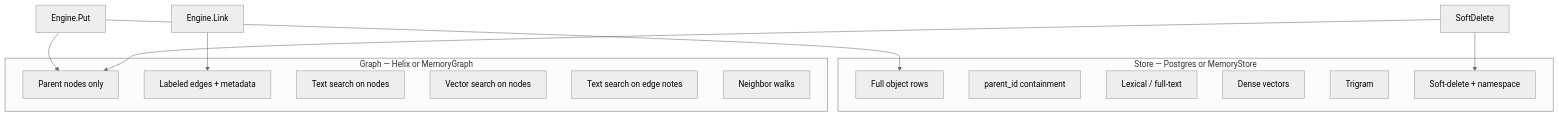
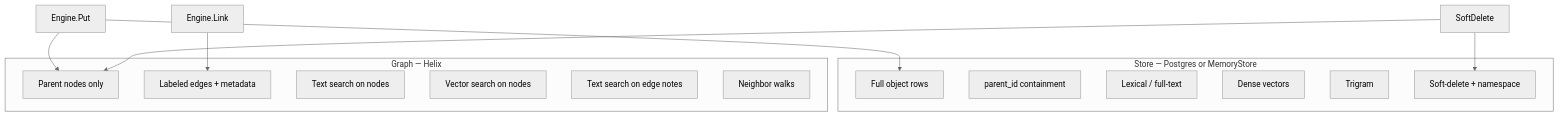
One commit to Ryanaldo34/tacklr changed the fifth of 8 diagrams in docs/knowledge.md. Above: the diagram before and after it, drawn with Mermaid (neutral theme). The commit also changed other lines of this file and 73 other files, not shown here.

Commit message:
cleaning up brain architecture and getting rid of goofy wrapping

````diff
--- a/docs/knowledge.md
+++ b/docs/knowledge.md
@@ -369,26 +432,26 @@
 ```mermaid
 flowchart TB
     subgraph Store["Store — Postgres or MemoryStore"]
         Rows[Full object rows]
         Parts[parent_id containment]
         Lex[Lexical / full-text]
         Vec[Dense vectors]
         Tri[Trigram]
         Soft[Soft-delete + namespace]
     end
 
-    subgraph Graph["Graph — Helix or MemoryGraph"]
+    subgraph Graph["Graph — Helix"]
         Nodes[Parent nodes only]
         Edges[Labeled edges + metadata]
         Txt[Text search on nodes]
         GVec[Vector search on nodes]
         ETxt[Text search on edge notes]
         Walk[Neighbor walks]
     end
 
     Put[Engine.Put] --> Rows
     Put --> Nodes
     Link[Engine.Link] --> Edges
     SoftDel[SoftDelete] --> Nodes
     SoftDel --> Soft
 ```
````
